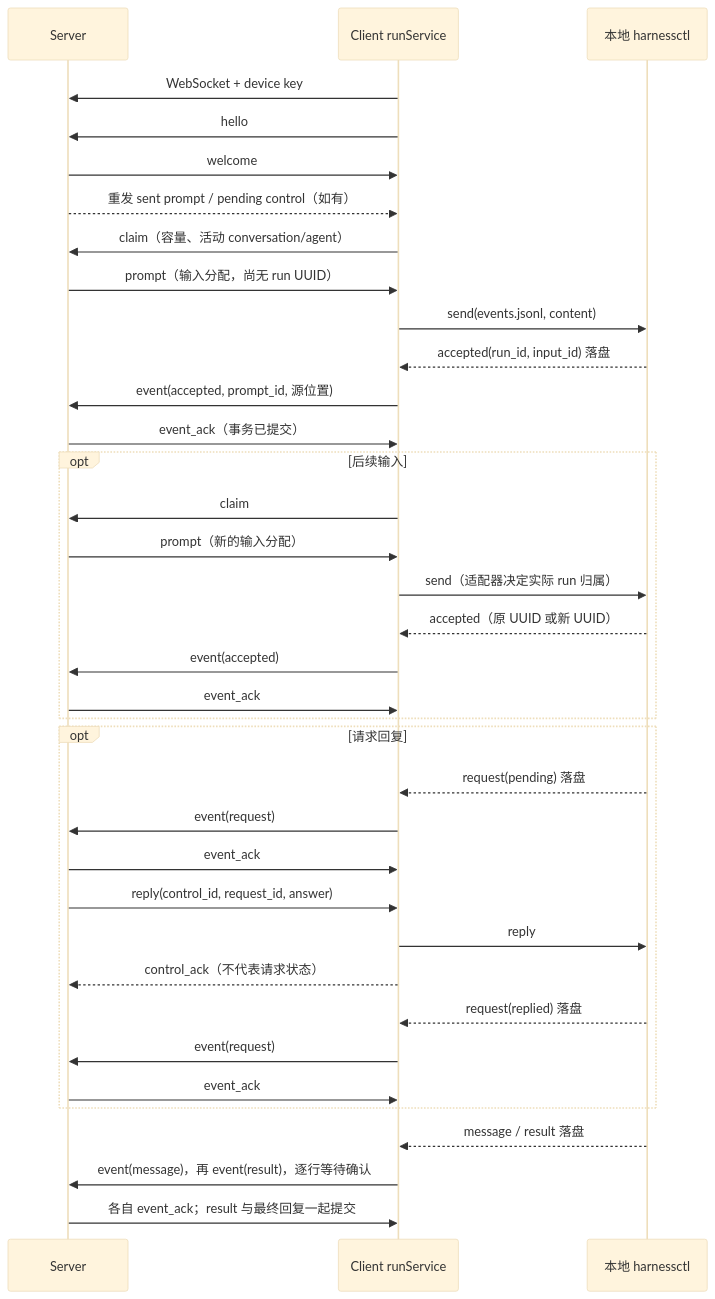
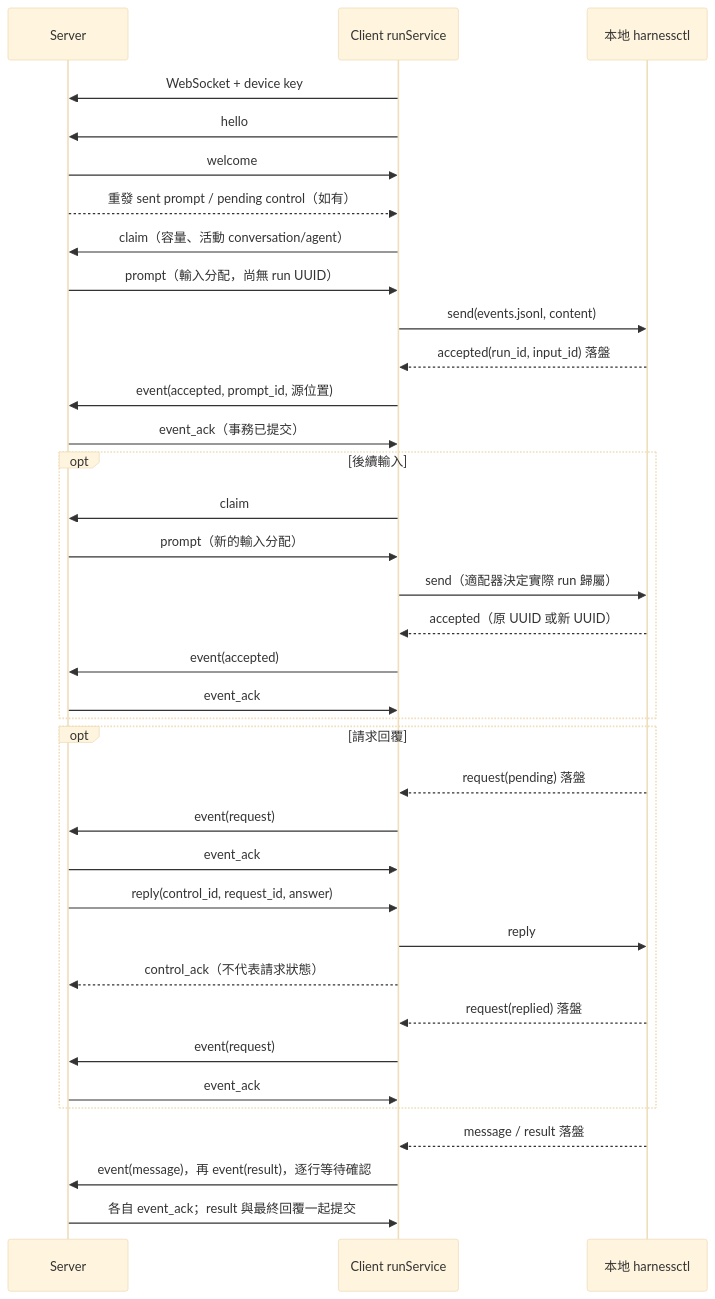
Before and after one commit to memory-co/agentuse: the diagram in docs/v3/designs/protocol.md, drawn with Mermaid (base theme). The commit also changed other lines of this file and 80 other files, not shown here.

````diff
--- a/docs/v3/designs/protocol.md
+++ b/docs/v3/designs/protocol.md
@@ -405,38 +405,38 @@
 ```mermaid
 sequenceDiagram
     participant S as Server
     participant C as Client runService
     participant H as 本地 harnessctl
     C->>S: WebSocket + device key
     C->>S: hello
     S->>C: welcome
-    S-->>C: 重发 sent prompt / pending control（如有）
-    C->>S: claim（容量、活动 conversation/agent）
-    S->>C: prompt（输入分配，尚无 run UUID）
+    S-->>C: 重發 sent prompt / pending control（如有）
+    C->>S: claim（容量、活動 conversation/agent）
+    S->>C: prompt（輸入分配，尚無 run UUID）
     C->>H: send(events.jsonl, content)
-    H-->>C: accepted(run_id, input_id) 落盘
+    H-->>C: accepted(run_id, input_id) 落盤
     C->>S: event(accepted, prompt_id, 源位置)
-    S->>C: event_ack（事务已提交）
-    opt 后续输入
+    S->>C: event_ack（事務已提交）
+    opt 後續輸入
         C->>S: claim
-        S->>C: prompt（新的输入分配）
-        C->>H: send（适配器决定实际 run 归属）
+        S->>C: prompt（新的輸入分配）
+        C->>H: send（適配器決定實際 run 歸屬）
         H-->>C: accepted（原 UUID 或新 UUID）
         C->>S: event(accepted)
         S->>C: event_ack
     end
-    opt 请求回复
-        H-->>C: request(pending) 落盘
+    opt 請求回覆
+        H-->>C: request(pending) 落盤
         C->>S: event(request)
         S->>C: event_ack
         S->>C: reply(control_id, request_id, answer)
         C->>H: reply
-        C-->>S: control_ack（不代表请求状态）
-        H-->>C: request(replied) 落盘
+        C-->>S: control_ack（不代表請求狀態）
+        H-->>C: request(replied) 落盤
         C->>S: event(request)
         S->>C: event_ack
     end
-    H-->>C: message / result 落盘
-    C->>S: event(message)，再 event(result)，逐行等待确认
-    S->>C: 各自 event_ack；result 与最终回复一起提交
+    H-->>C: message / result 落盤
+    C->>S: event(message)，再 event(result)，逐行等待確認
+    S->>C: 各自 event_ack；result 與最終回覆一起提交
 ```
````
